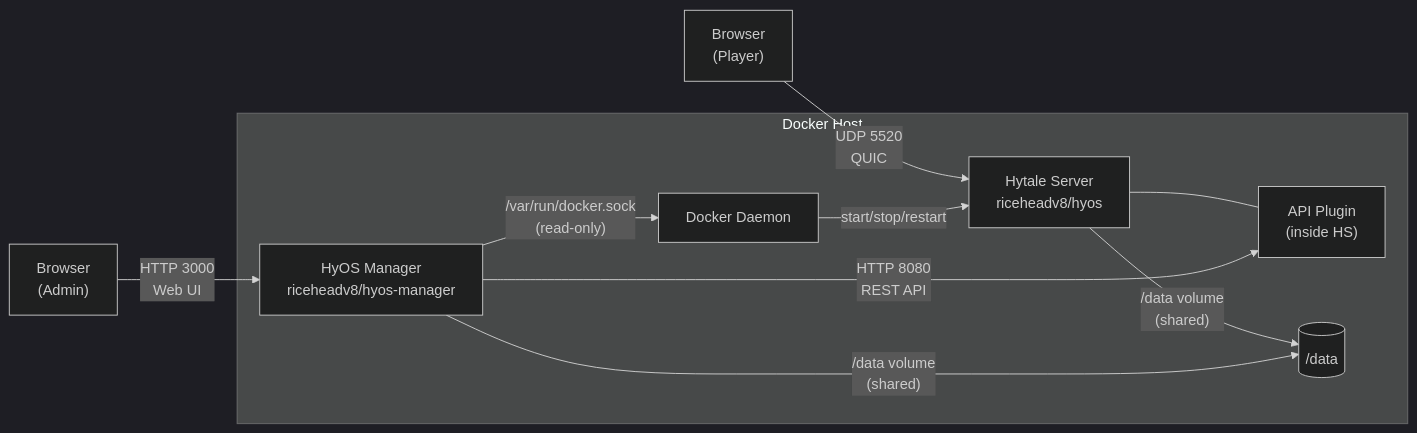
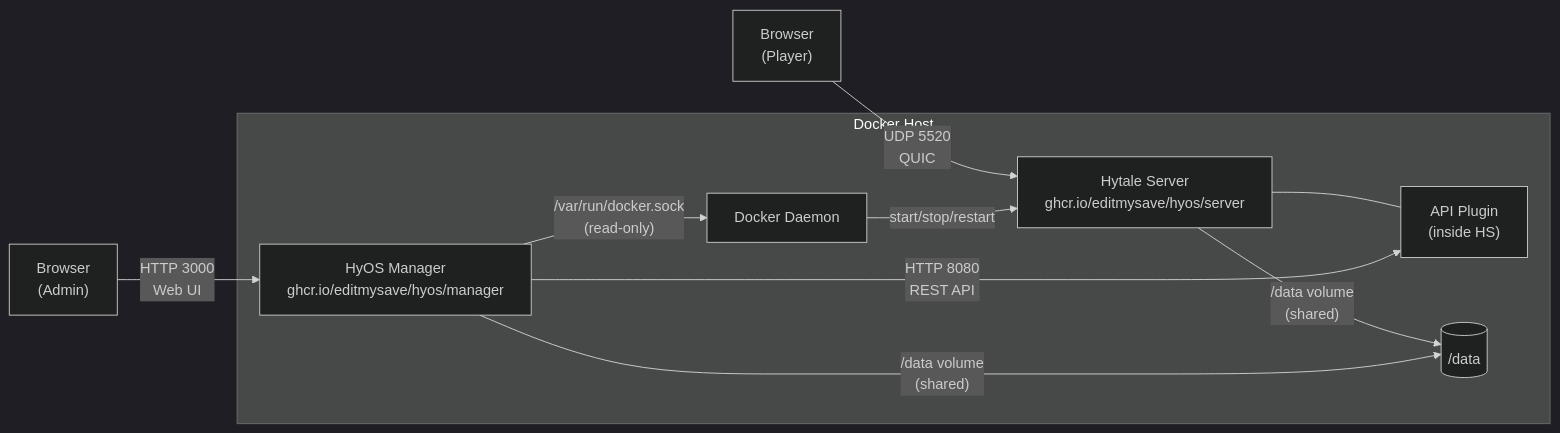
The first of 3 diagrams in hytale-docker-server/config-truenas/docs/architecture.md (EditMySave/HyOS), drawn with Mermaid (dark theme) before and after one commit. The commit also changed other lines of this file and 25 other files, not shown here.

Commit message:
Update deployment configuration for Hytale server and manager. Transition to using GHCR for image hosting, adjust port mappings to avoid conflicts, and enhance documentation for setup and troubleshooting. Add new features to the TODO list, including multi-architecture support and ngrok integration.

````diff
--- a/hytale-docker-server/config-truenas/docs/architecture.md
+++ b/hytale-docker-server/config-truenas/docs/architecture.md
@@ -19,19 +19,19 @@
 ```mermaid
 graph LR
     Browser["Browser<br/>(Player)"] -- "UDP 5520<br/>QUIC" --> HS
 
     subgraph Docker["Docker Host"]
-        HS["Hytale Server<br/>riceheadv8/hyos"]
+        HS["Hytale Server<br/>ghcr.io/editmysave/hyos/server"]
         API["API Plugin<br/>(inside HS)"]
-        MGR["HyOS Manager<br/>riceheadv8/hyos-manager"]
+        MGR["HyOS Manager<br/>ghcr.io/editmysave/hyos/manager"]
 
         HS --- API
         MGR -- "HTTP 8080<br/>REST API" --> API
         MGR -- "/var/run/docker.sock<br/>(read-only)" --> Docker_Daemon["Docker Daemon"]
         HS -- "/data volume<br/>(shared)" --> Vol[("/data")]
         MGR -- "/data volume<br/>(shared)" --> Vol
     end
 
     Admin["Browser<br/>(Admin)"] -- "HTTP 3000<br/>Web UI" --> MGR
     Docker_Daemon -- "start/stop/restart" --> HS
 ```
````
